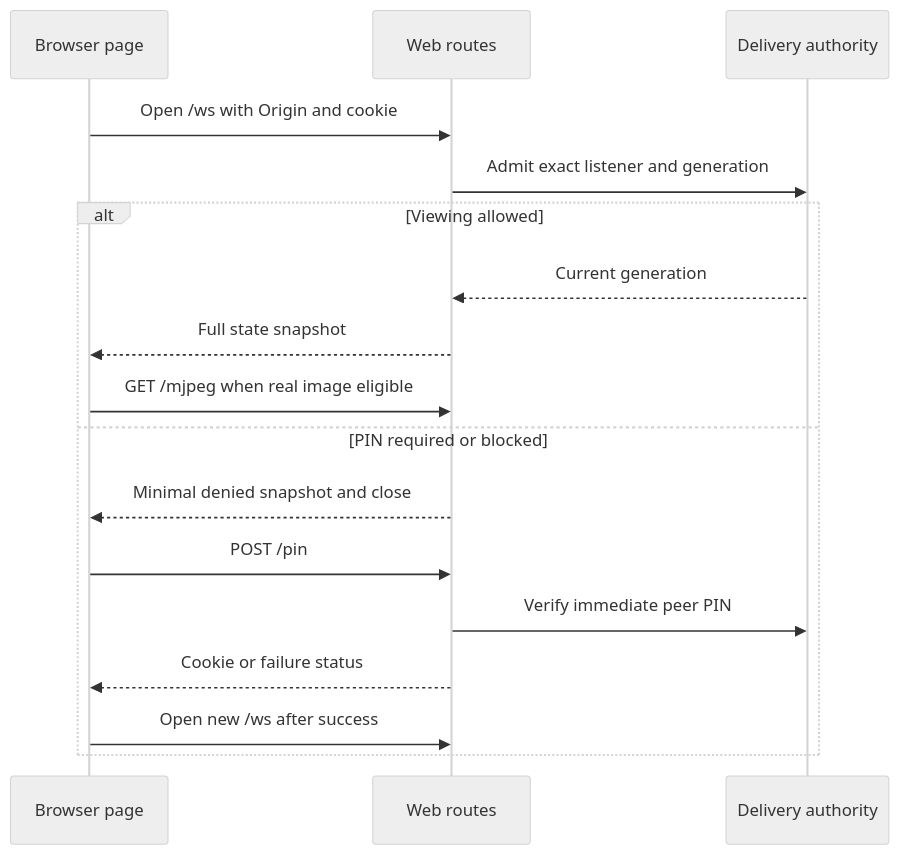
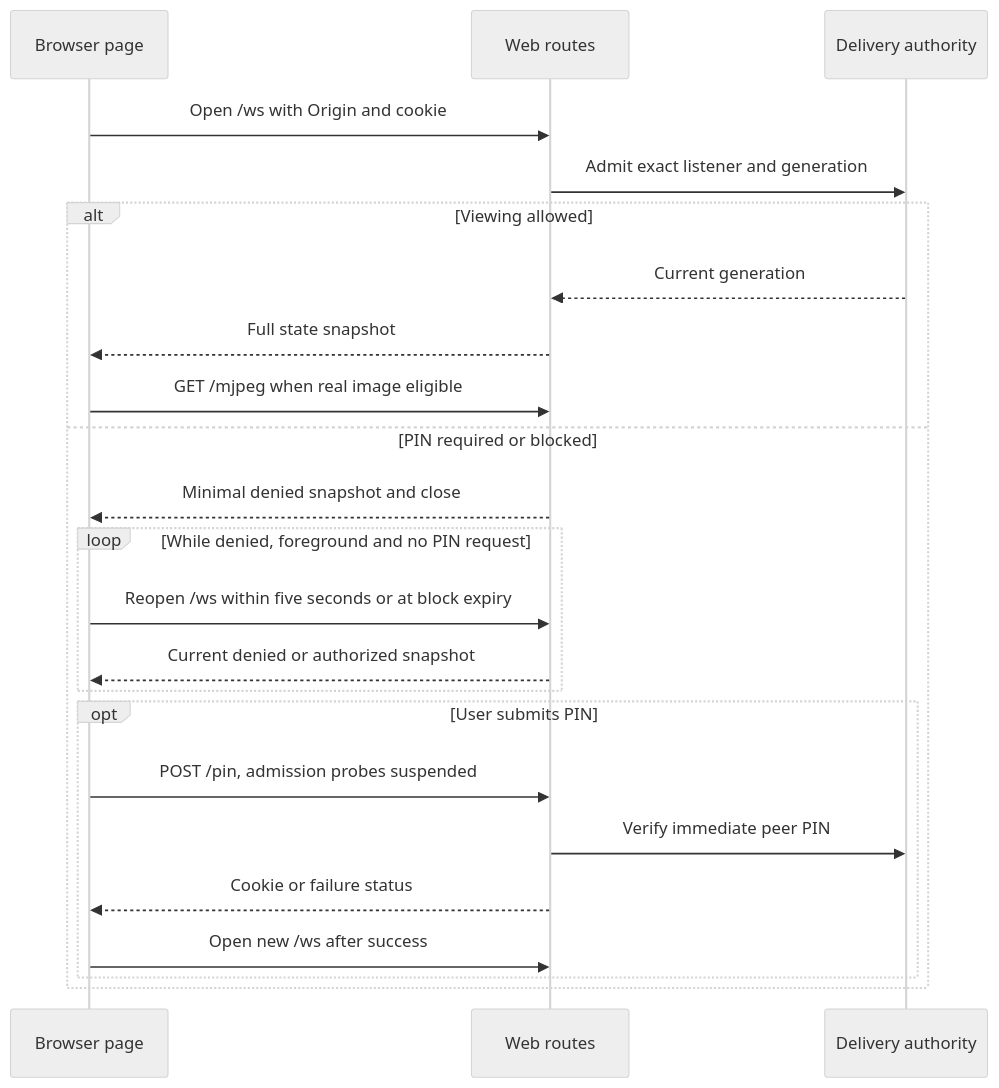
One commit to dkrivoruchko/ScreenStream changed the diagram in mjpeg2/internal/03-delivery/web-client.md. Above: the diagram before and after it, drawn with Mermaid (neutral theme). The commit also changed other lines of this file and 108 other files, not shown here.

````diff
--- a/mjpeg2/internal/03-delivery/web-client.md
+++ b/mjpeg2/internal/03-delivery/web-client.md
@@ -42,19 +42,25 @@
 ```mermaid
 sequenceDiagram
     participant B as Browser page
     participant R as Web routes
     participant D as Delivery authority
     B->>R: Open /ws with Origin and cookie
     R->>D: Admit exact listener and generation
     alt Viewing allowed
         D-->>R: Current generation
         R-->>B: Full state snapshot
         B->>R: GET /mjpeg when real image eligible
     else PIN required or blocked
         R-->>B: Minimal denied snapshot and close
-        B->>R: POST /pin
-        R->>D: Verify immediate peer PIN
-        R-->>B: Cookie or failure status
-        B->>R: Open new /ws after success
+        loop While denied, foreground and no PIN request
+            B->>R: Reopen /ws within five seconds or at block expiry
+            R-->>B: Current denied or authorized snapshot
+        end
+        opt User submits PIN
+            B->>R: POST /pin, admission probes suspended
+            R->>D: Verify immediate peer PIN
+            R-->>B: Cookie or failure status
+            B->>R: Open new /ws after success
+        end
     end
 ```
````
